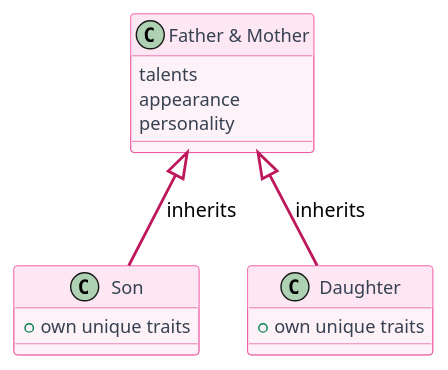
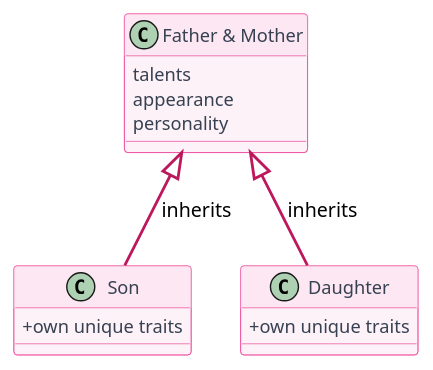
Before and after one commit to AlmalawiCode/CPCS203: the diagram in module06-inheritance/diagrams/diagram_family.puml, drawn with PlantUML. The commit also changed 10 other files, not shown here.

```diff
--- a/module06-inheritance/diagrams/diagram_family.puml
+++ b/module06-inheritance/diagrams/diagram_family.puml
@@ -1,31 +1,32 @@
 @startuml diagram_family
 skinparam backgroundColor transparent
 skinparam shadowing false
 skinparam defaultFontName "Segoe UI"
 skinparam defaultFontSize 14
 skinparam classBackgroundColor #fdf2f8
 skinparam classBorderColor #ec4899
 skinparam classFontColor #831843
 skinparam classAttributeFontColor #374151
 skinparam classAttributeFontSize 13
 skinparam arrowColor #be185d
 skinparam arrowThickness 2
 skinparam classHeaderBackgroundColor #fce7f3
+skinparam classAttributeIconSize 0
 
 class "Father & Mother" as Parent {
   talents
   appearance
   personality
 }
 
 class "Son" {
   + own unique traits
 }
 
 class "Daughter" {
   + own unique traits
 }
 
 Parent <|-- Son  : inherits
 Parent <|-- Daughter : inherits
 @enduml
```
